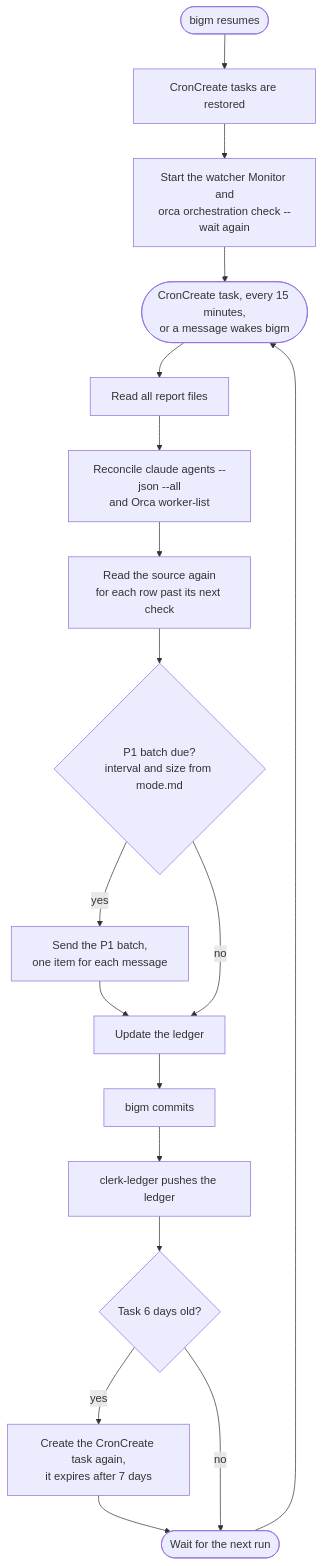
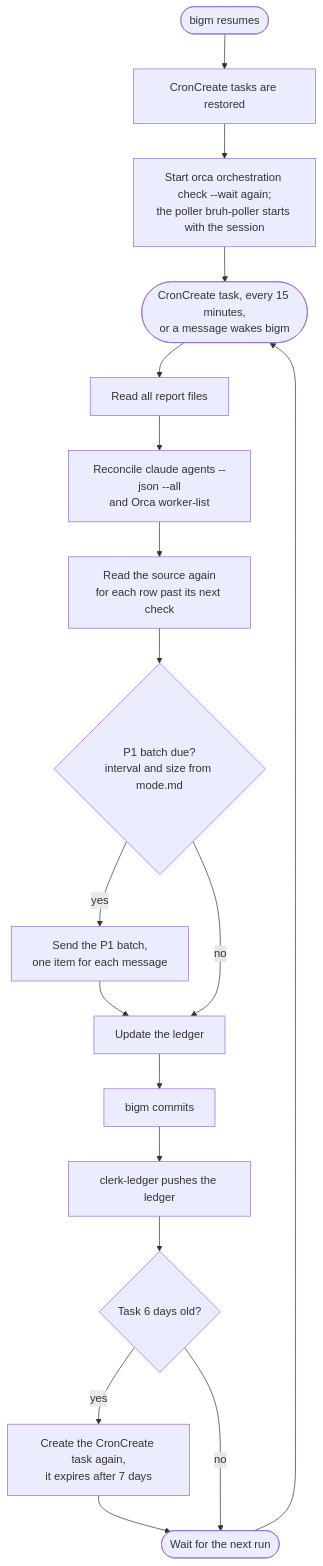
The seventh of 7 diagrams in docs/flow.md (oter/bruh), drawn with Mermaid before and after one commit. The commit also changed other lines of this file and 9 other files, not shown here.

First line of the commit message:
Refuse monitor_start while the poller is down, and fix the monitor docs

````diff
--- a/docs/flow.md
+++ b/docs/flow.md
@@ -244,18 +244,18 @@
 ```mermaid
 flowchart TD
     cron(["CronCreate task, every 15 minutes,<br/>or a message wakes bigm"]) --> reports[Read all report files]
     reports --> rec["Reconcile claude agents --json --all<br/>and Orca worker-list"]
     rec --> rows[Read the source again<br/>for each row past its next check]
     rows --> due{"P1 batch due?<br/>interval and size from mode.md"}
     due -->|yes| batch[Send the P1 batch,<br/>one item for each message] --> upd
     due -->|no| upd[Update the ledger]
     upd --> commit[bigm commits]
     commit --> push[clerk-ledger pushes the ledger]
     push --> age{Task 6 days old?}
     age -->|yes| again["Create the CronCreate task again,<br/>it expires after 7 days"] --> wait
     age -->|no| wait([Wait for the next run])
     wait --> cron
     resume([bigm resumes]) --> restore[CronCreate tasks are restored]
-    restore --> restart["Start the watcher Monitor and<br/>orca orchestration check --wait again"]
+    restore --> restart["Start orca orchestration check --wait again;<br/>the poller bruh-poller starts with the session"]
     restart --> cron
 ```
````
